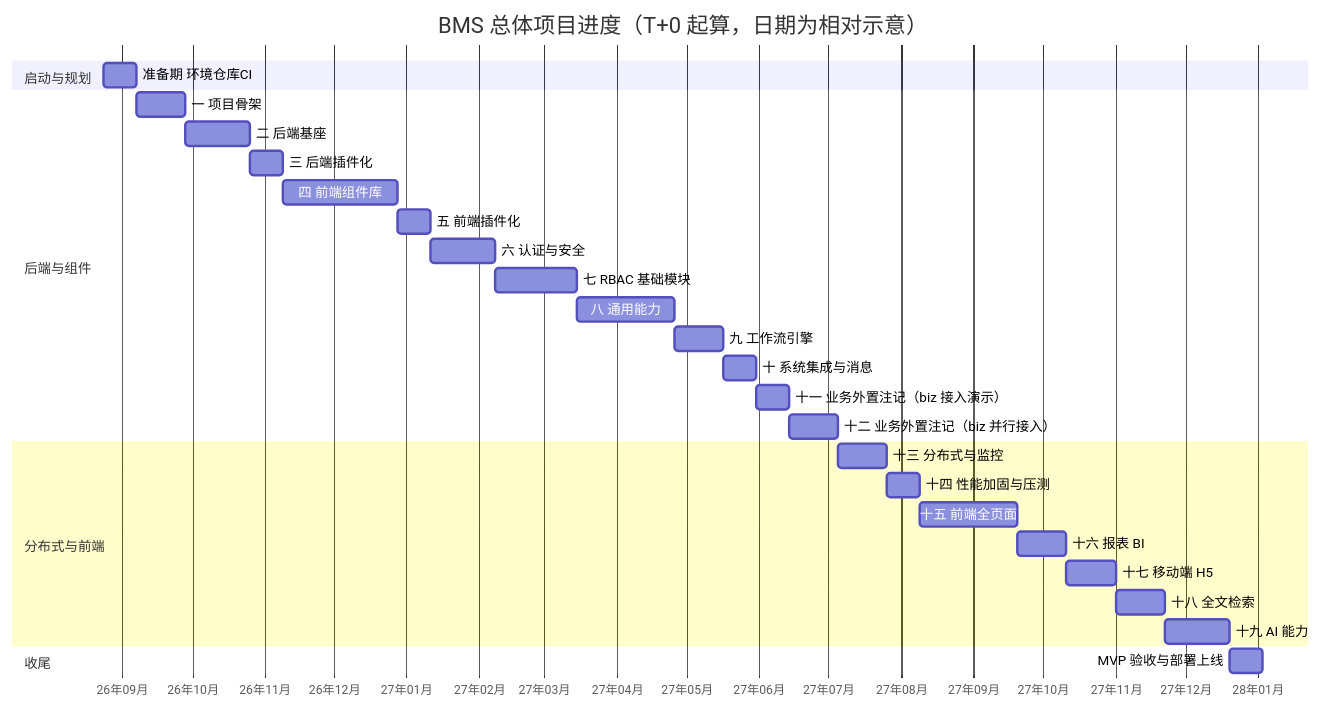
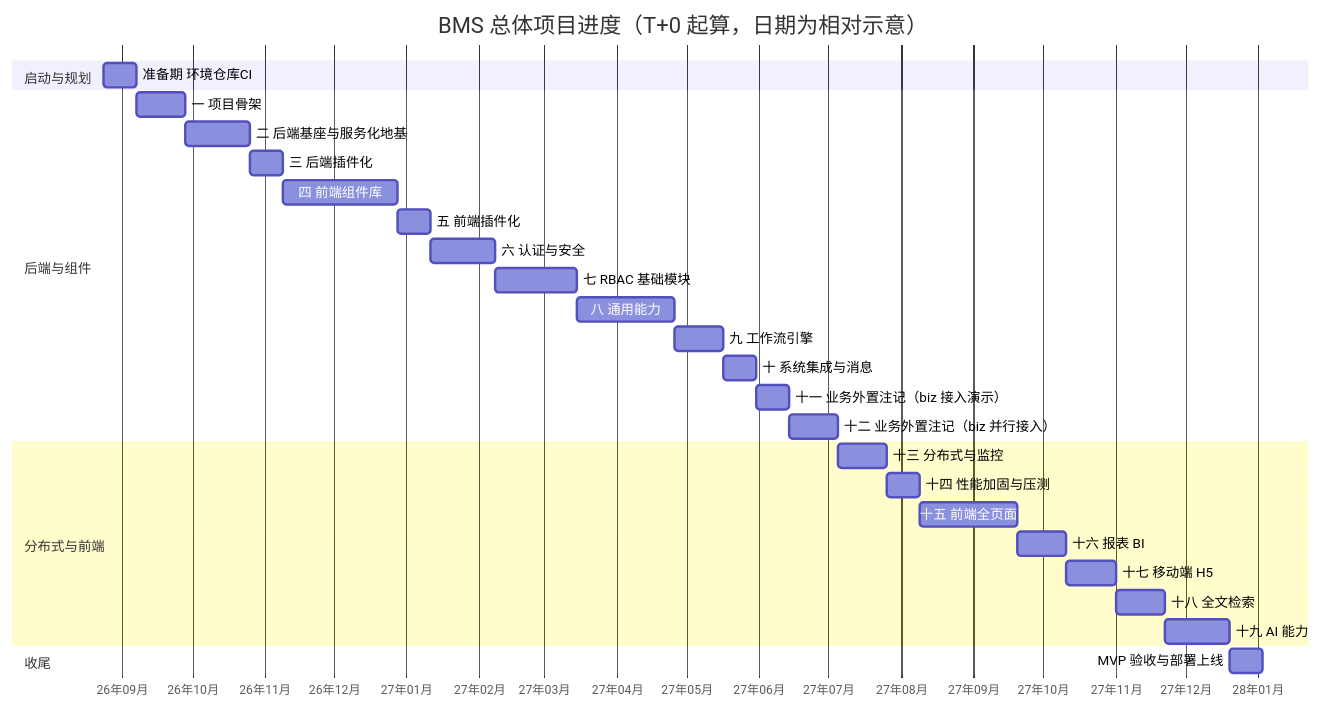
One commit to minjian123/basic-management-system changed the second of 2 diagrams in bms文档/规划/总体项目规划.md. Above: the diagram before and after it, drawn with Mermaid. The commit also changed other lines of this file and 36 other files, not shown here.

````diff
--- a/bms文档/规划/总体项目规划.md
+++ b/bms文档/规划/总体项目规划.md
@@ -197,32 +198,32 @@
 ```mermaid
 gantt
     title BMS 总体项目进度（T+0 起算，日期为相对示意）
     dateFormat  YYYY-MM-DD
     axisFormat  %y年%m月
     tickInterval 1month
     section 启动与规划
     准备期 环境仓库CI        :a0, 2026-08-24, 2w
     section 后端与组件
     一 项目骨架              :a1, after a0, 3w
-    二 后端基座              :a2, after a1, 4w
+    二 后端基座与服务化地基  :a2, after a1, 4w
     三 后端插件化            :a2b, after a2, 2w
     四 前端组件库            :a3, after a2b, 7w
     五 前端插件化            :a3b, after a3, 2w
     六 认证与安全            :a4, after a3b, 4w
     七 RBAC 基础模块         :a5, after a4, 5w
     八 通用能力              :a6, after a5, 6w
     九 工作流引擎            :a7, after a6, 3w
     十 系统集成与消息        :a8, after a7, 2w
     十一 业务外置注记（biz 接入演示）  :a9, after a8, 2w
     十二 业务外置注记（biz 并行接入）  :a10, after a9, 3w
     section 分布式与前端
     十三 分布式与监控        :a11, after a10, 3w
     十四 性能加固与压测      :a12, after a11, 2w
     十五 前端全页面          :a13, after a12, 6w
     十六 报表 BI             :a14, after a13, 3w
     十七 移动端 H5           :a15, after a14, 3w
     十八 全文检索            :a16, after a15, 3w
     十九 AI 能力             :a17, after a16, 4w
     section 收尾
     MVP 验收与部署上线       :a18, after a17, 2w
 ```
````
